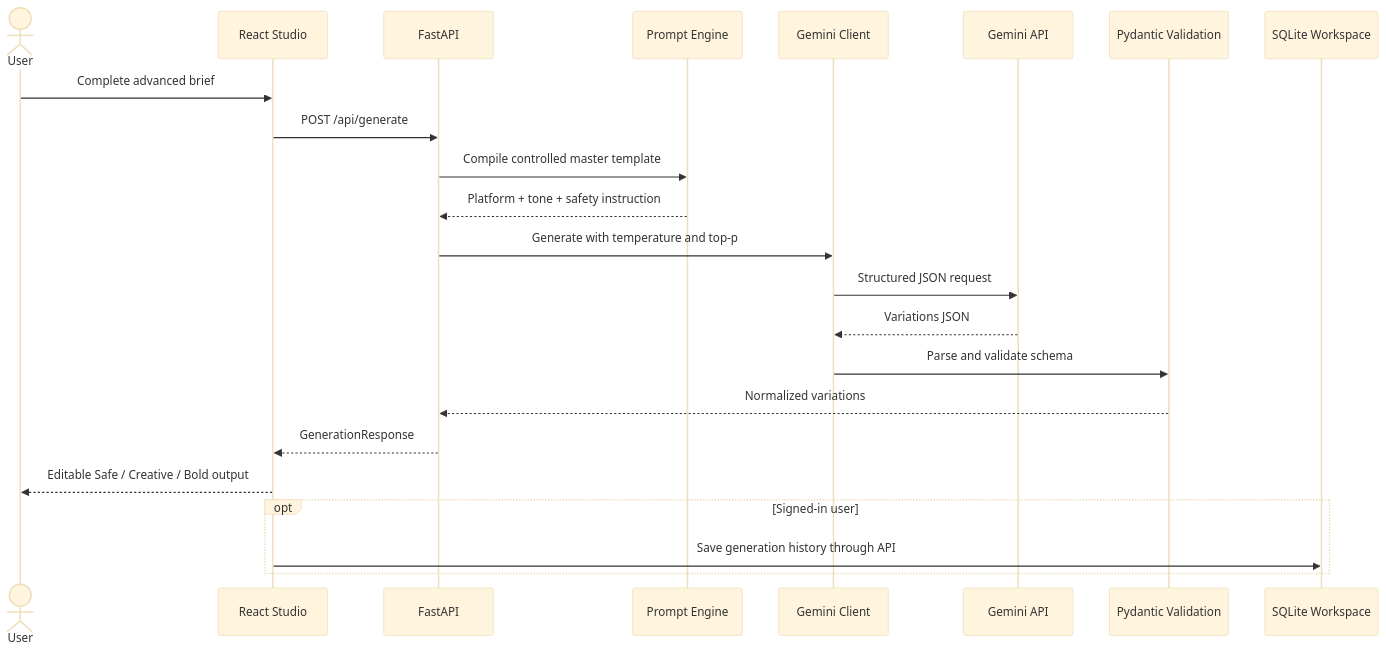
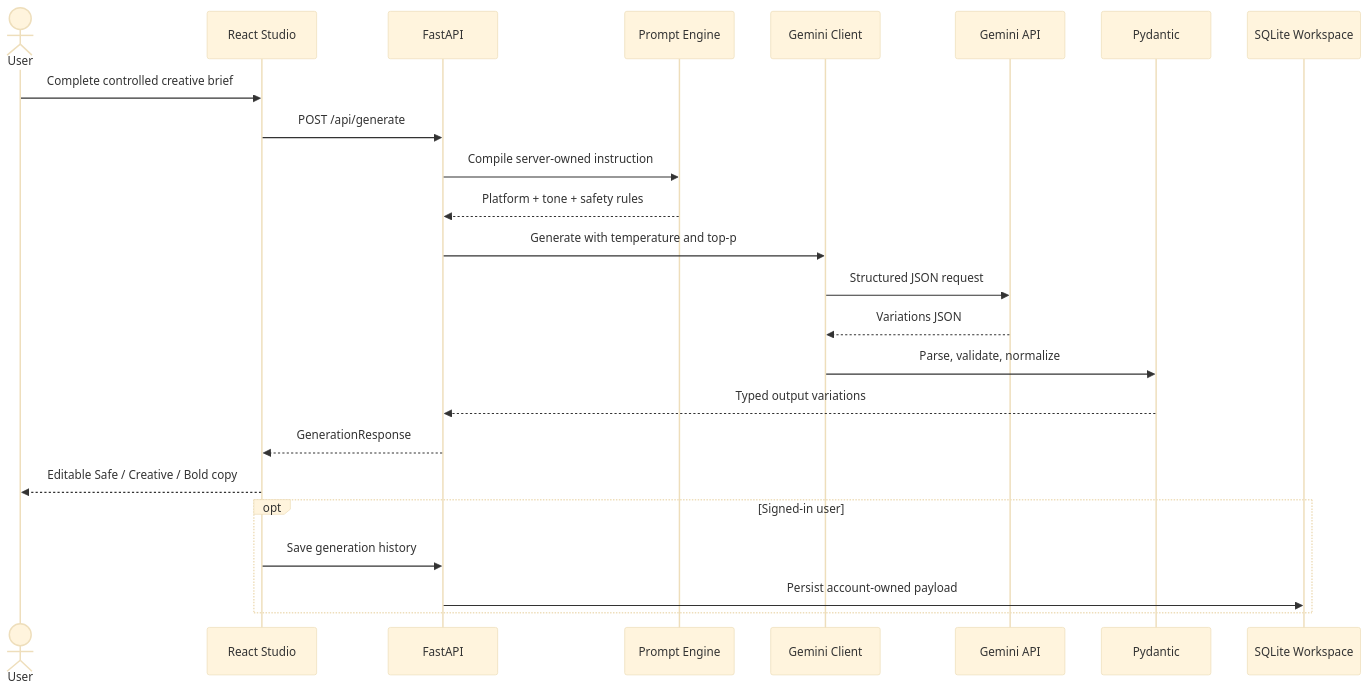
The second of 3 diagrams in DecodeLabs - Automated Copywriting Tone Transformer/README.md (muhammadsaadjadoon/DecodeLabs-Internship), drawn with Mermaid (base theme) before and after one commit. The commit also changed other lines of this file, not shown here.

````diff
--- a/DecodeLabs - Automated Copywriting Tone Transformer/README.md
+++ b/DecodeLabs - Automated Copywriting Tone Transformer/README.md
@@ -370,26 +383,27 @@
 ```mermaid
 sequenceDiagram
     actor User
     participant UI as React Studio
     participant API as FastAPI
     participant PE as Prompt Engine
     participant GC as Gemini Client
     participant Gemini as Gemini API
-    participant PV as Pydantic Validation
+    participant PV as Pydantic
     participant DB as SQLite Workspace
 
-    User->>UI: Complete advanced brief
+    User->>UI: Complete controlled creative brief
     UI->>API: POST /api/generate
-    API->>PE: Compile controlled master template
-    PE-->>API: Platform + tone + safety instruction
+    API->>PE: Compile server-owned instruction
+    PE-->>API: Platform + tone + safety rules
     API->>GC: Generate with temperature and top-p
     GC->>Gemini: Structured JSON request
     Gemini-->>GC: Variations JSON
-    GC->>PV: Parse and validate schema
-    PV-->>API: Normalized variations
+    GC->>PV: Parse, validate, normalize
+    PV-->>API: Typed output variations
     API-->>UI: GenerationResponse
-    UI-->>User: Editable Safe / Creative / Bold output
+    UI-->>User: Editable Safe / Creative / Bold copy
     opt Signed-in user
-      UI->>DB: Save generation history through API
+      UI->>API: Save generation history
+      API->>DB: Persist account-owned payload
     end
 ```
````
